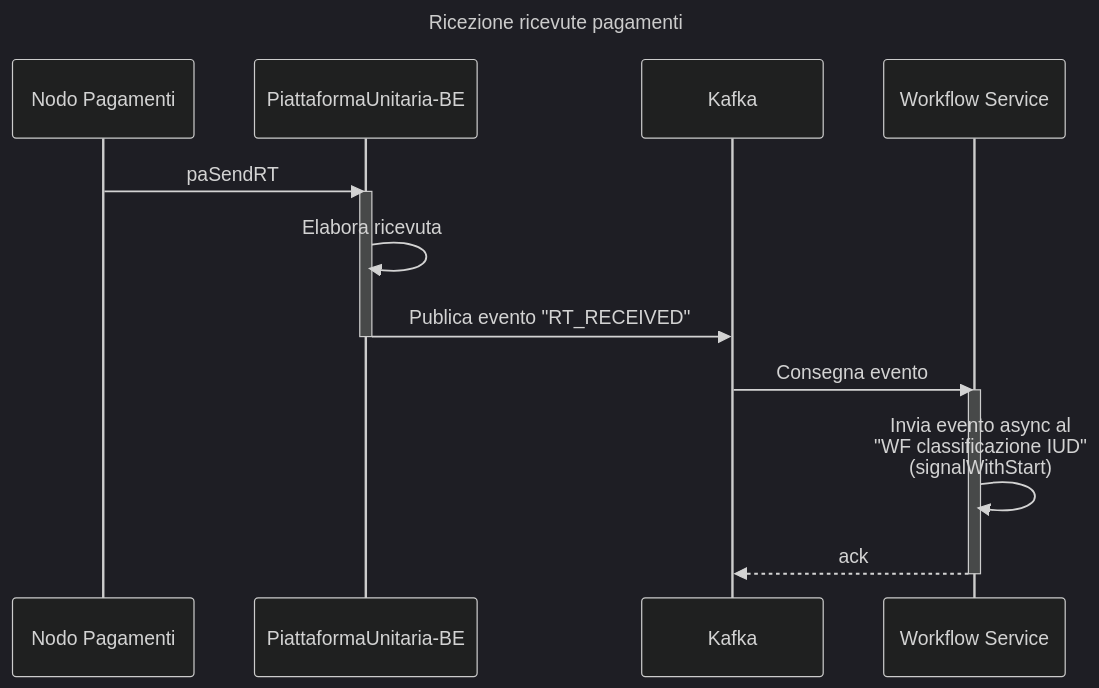
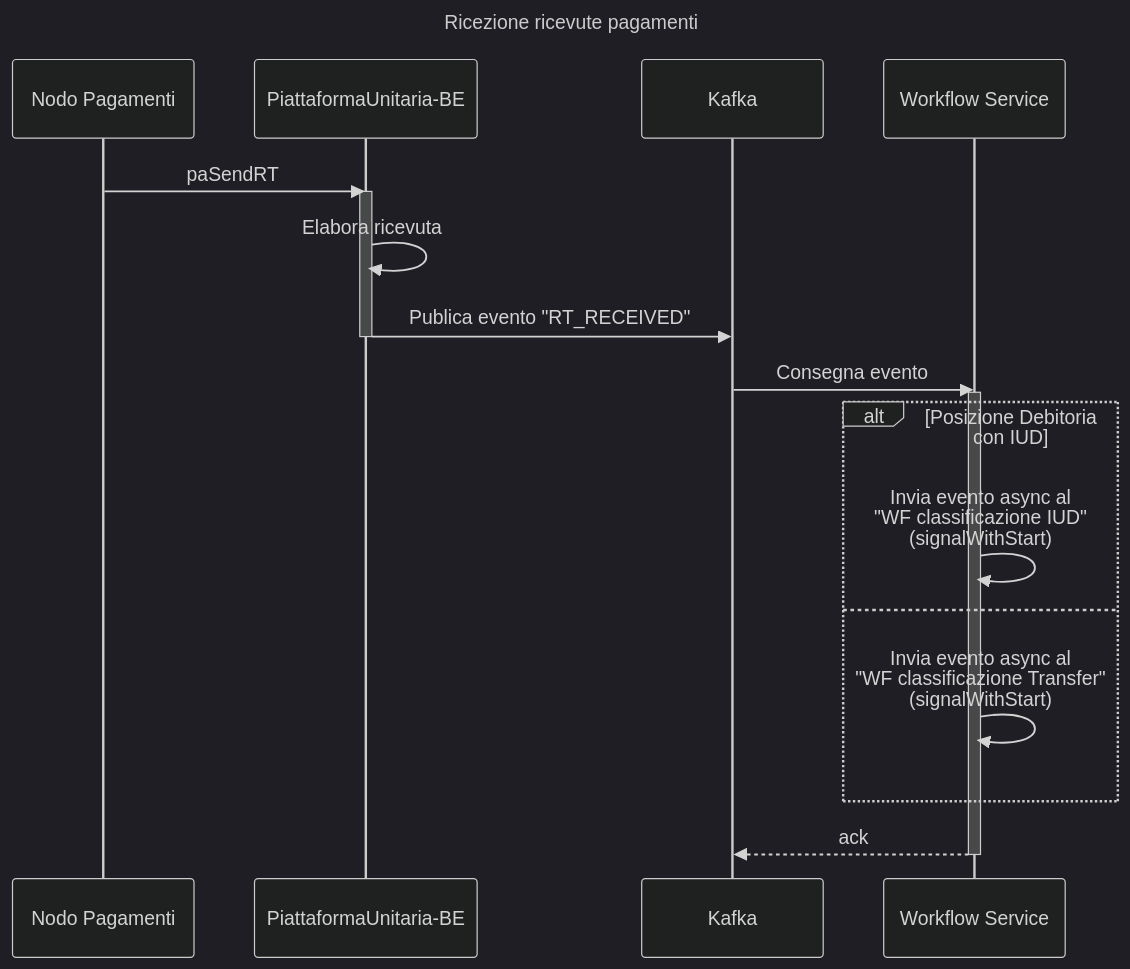
One commit to pagopa/p4pa-doc changed the diagram in design/workflow/classificazioneIncassi/01.seq_ricevutaPagamento.mmd. Above: the diagram before and after it, drawn with Mermaid (dark theme). The commit also changed 20 other files, not shown here.

```diff
--- a/design/workflow/classificazioneIncassi/01.seq_ricevutaPagamento.mmd
+++ b/design/workflow/classificazioneIncassi/01.seq_ricevutaPagamento.mmd
@@ -1,23 +1,26 @@
 ---
 title: Ricezione ricevute pagamenti
 ---
 sequenceDiagram
     participant NODO as Nodo Pagamenti
     participant PU-BE as PiattaformaUnitaria-BE
     participant KAFKA as Kafka
     participant WF as Workflow Service
 
     NODO ->> PU-BE: paSendRT
 
     activate PU-BE
         PU-BE ->> PU-BE: Elabora ricevuta
         PU-BE ->> KAFKA: Publica evento "RT_RECEIVED"
     deactivate PU-BE
 
     KAFKA ->> WF: Consegna evento
 
     activate WF
-        WF ->>WF: Invia evento async al<BR />"WF classificazione IUD"<BR /> (signalWithStart)
-
+        alt Posizione Debitoria con IUD
+            WF ->>WF: Invia evento async al<BR />"WF classificazione IUD"<BR /> (signalWithStart)
+        else
+            WF ->>WF: Invia evento async al<BR />"WF classificazione Transfer"<BR /> (signalWithStart)
+        end
         WF -->> KAFKA: ack
     deactivate WF
```
